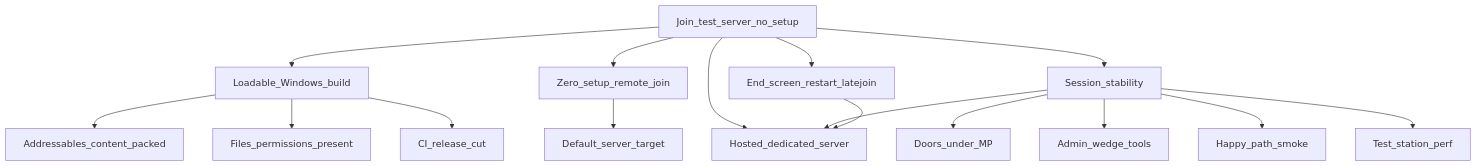
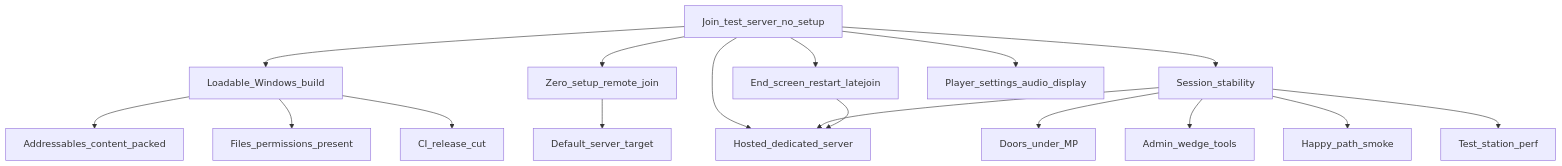
The diagram in Documents/milestones/test-server.md (henkhooft/SS3D), drawn with Mermaid before and after one commit. The commit also changed other lines of this file and 5 other files, not shown here.

First line of the commit message:
Docs: plan player settings effort (display, audio, controls)

````diff
--- a/Documents/milestones/test-server.md
+++ b/Documents/milestones/test-server.md
@@ -28,33 +29,35 @@
 ```mermaid
 flowchart TB
   ts[Join_test_server_no_setup]
   build[Loadable_Windows_build]
   content[Addressables_content_packed]
   perms[Files_permissions_present]
   join[Zero_setup_remote_join]
   target[Default_server_target]
   server[Hosted_dedicated_server]
   stable[Session_stability]
   doors[Doors_under_MP]
   admin[Admin_wedge_tools]
   smoke[Happy_path_smoke]
   perf[Test_station_perf]
   loop[End_screen_restart_latejoin]
   cut[CI_release_cut]
+  settings[Player_settings_audio_display]
 
   ts --> build
   ts --> join
   ts --> server
   ts --> stable
   ts --> loop
+  ts --> settings
   build --> content
   build --> perms
   build --> cut
   join --> target
   stable --> server
   stable --> doors
   stable --> admin
   stable --> smoke
   stable --> perf
   loop --> server
 ```
````
